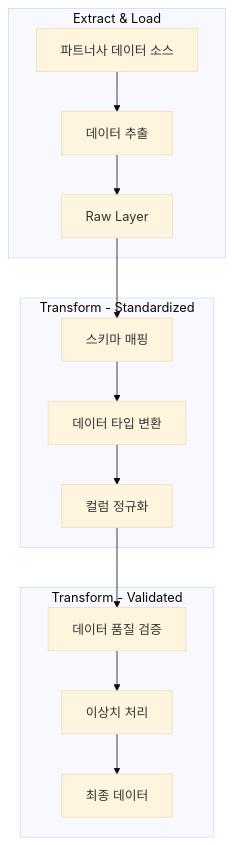
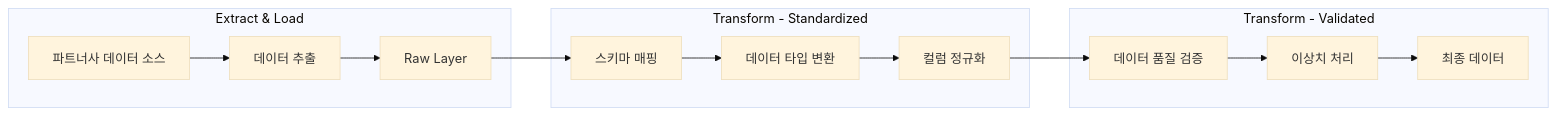
Before and after one commit to yeokyeong-yoon/yeokyeong-yoon.github.io: the second of 3 diagrams in _posts/2025-03-15-elt-pipeline.md, drawn with Mermaid. The commit also changed 1 other file, not shown here.

Commit message:
docs: 다이어그램 수정 및 관련 파일 업데이트

````diff
--- a/_posts/2025-03-15-elt-pipeline.md
+++ b/_posts/2025-03-15-elt-pipeline.md
@@ -90,20 +90,20 @@
 ```mermaid
 %%{init: {'theme': 'base', 'themeVariables': { 'fontSize': '16px'}}}%%
-graph TD
+graph LR
     subgraph "Extract & Load"
         A[파트너사 데이터 소스] --> B[데이터 추출]
         B --> C[Raw Layer]
     end
     
     subgraph "Transform - Standardized"
         C --> D[스키마 매핑]
         D --> E[데이터 타입 변환]
         E --> F[컬럼 정규화]
     end
     
     subgraph "Transform - Validated"
         F --> G[데이터 품질 검증]
         G --> H[이상치 처리]
         H --> I[최종 데이터]
     end
 ```
````
